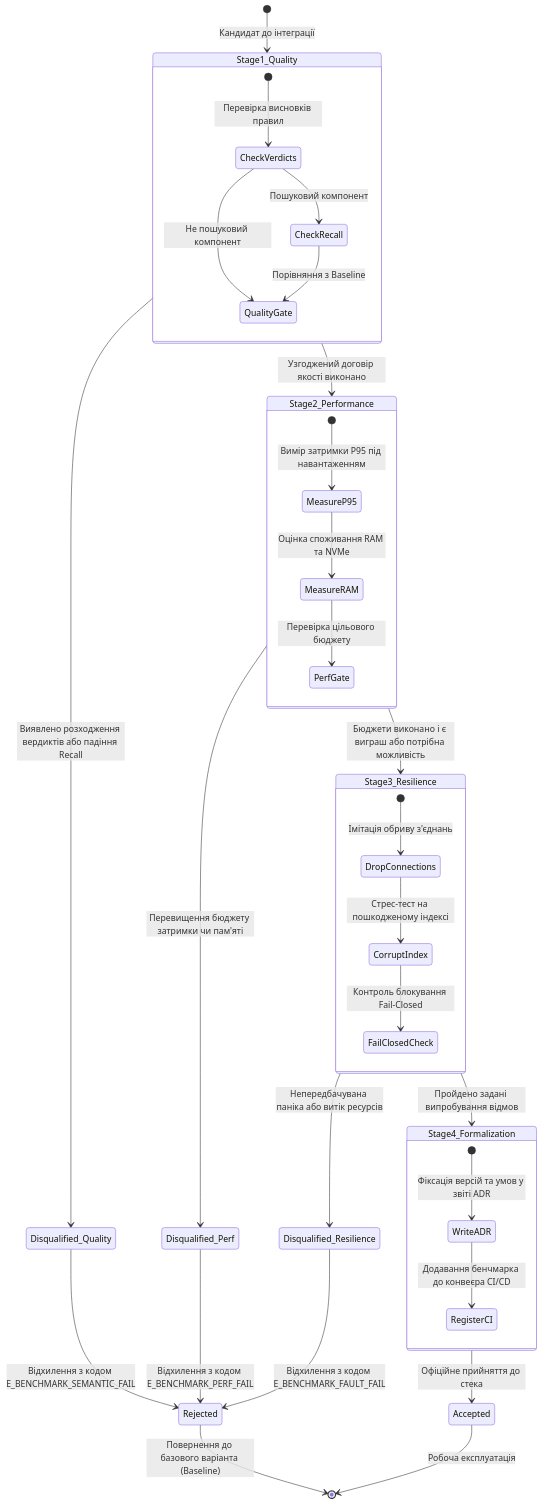
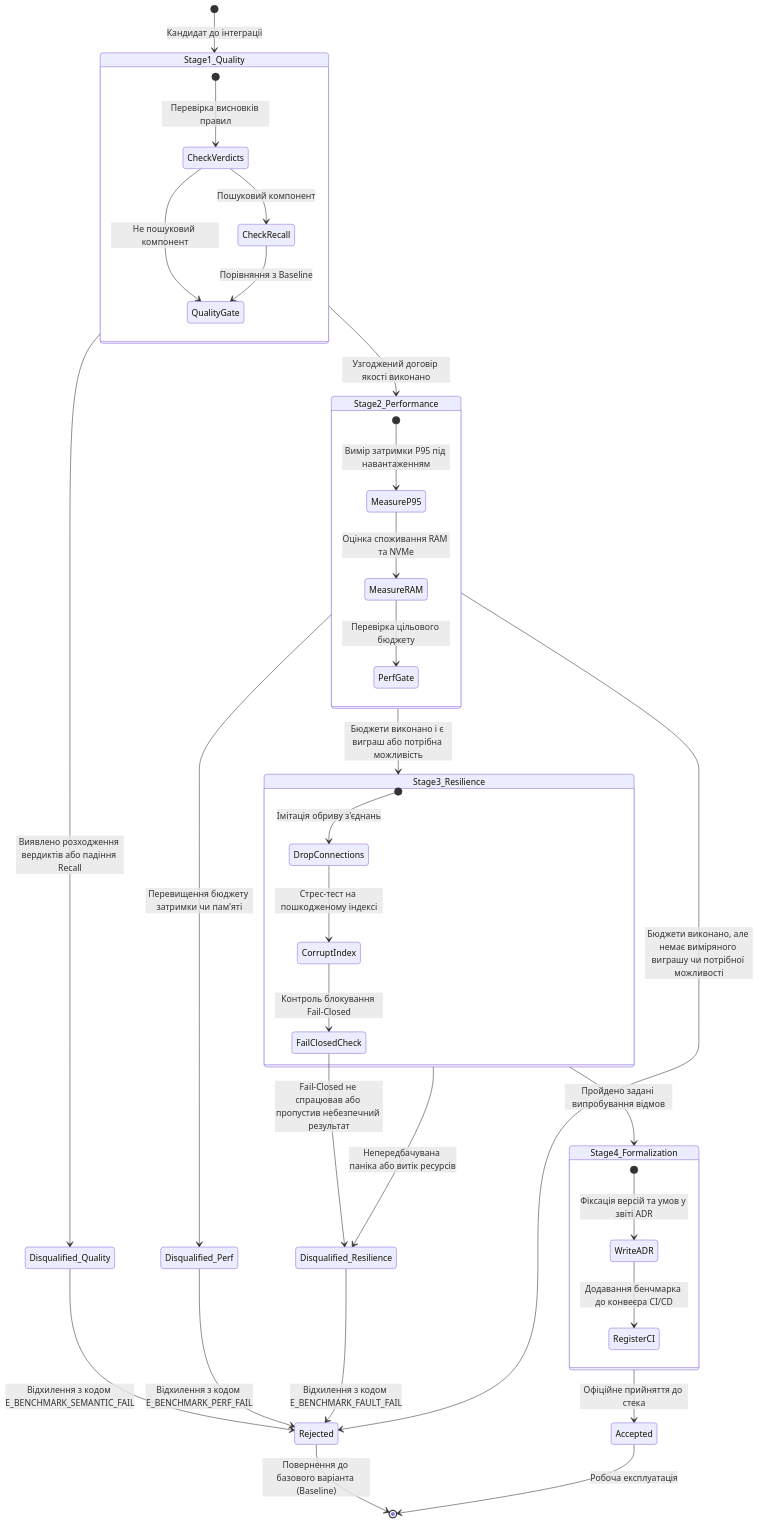
One commit to nick-fedchik/articles changed the sixth of 6 diagrams in ExpertSystem/ch17-implementation-stack.md. Above: the diagram before and after it, drawn with Mermaid. The commit also changed other lines of this file and 44 other files, not shown here.

````diff
--- a/ExpertSystem/ch17-implementation-stack.md
+++ b/ExpertSystem/ch17-implementation-stack.md
@@ -930,49 +931,51 @@
 ```mermaid
 stateDiagram-v2
     accTitle: Чотиристадійний конвеєр порівняльного виміру технологічних компонентів
     accDescr: Процес оцінювання та прийняття кандидатів до технологічного стека через поетапну верифікацію.
 
     [*] --> Stage1_Quality: Кандидат до інтеграції
 
     state Stage1_Quality {
         [*] --> CheckVerdicts: Перевірка висновків правил
         CheckVerdicts --> QualityGate: Не пошуковий компонент
         CheckVerdicts --> CheckRecall: Пошуковий компонент
         CheckRecall --> QualityGate: Порівняння з Baseline
     }
 
     Stage1_Quality --> Disqualified_Quality: Виявлено розходження вердиктів або падіння Recall
     Stage1_Quality --> Stage2_Performance: Узгоджений договір якості виконано
 
     state Stage2_Performance {
         [*] --> MeasureP95: Вимір затримки P95 під навантаженням
         MeasureP95 --> MeasureRAM: Оцінка споживання RAM та NVMe
         MeasureRAM --> PerfGate: Перевірка цільового бюджету
     }
 
     Stage2_Performance --> Disqualified_Perf: Перевищення бюджету затримки чи пам'яті
     Stage2_Performance --> Stage3_Resilience: Бюджети виконано і є виграш або потрібна можливість
+    Stage2_Performance --> Rejected: Бюджети виконано, але немає виміряного виграшу чи потрібної можливості
 
     state Stage3_Resilience {
         [*] --> DropConnections: Імітація обриву з'єднань
         DropConnections --> CorruptIndex: Стрес-тест на пошкодженому індексі
         CorruptIndex --> FailClosedCheck: Контроль блокування Fail-Closed
     }
 
+    FailClosedCheck --> Disqualified_Resilience: Fail-Closed не спрацював або пропустив небезпечний результат
     Stage3_Resilience --> Disqualified_Resilience: Непередбачувана паніка або витік ресурсів
     Stage3_Resilience --> Stage4_Formalization: Пройдено задані випробування відмов
 
     state Stage4_Formalization {
         [*] --> WriteADR: Фіксація версій та умов у звіті ADR
         WriteADR --> RegisterCI: Додавання бенчмарка до конвеєра CI/CD
     }
 
     Stage4_Formalization --> Accepted: Офіційне прийняття до стека
 
     Disqualified_Quality --> Rejected: Відхилення з кодом E_BENCHMARK_SEMANTIC_FAIL
     Disqualified_Perf --> Rejected: Відхилення з кодом E_BENCHMARK_PERF_FAIL
     Disqualified_Resilience --> Rejected: Відхилення з кодом E_BENCHMARK_FAULT_FAIL
 
     Rejected --> [*]: Повернення до базового варіанта (Baseline)
     Accepted --> [*]: Робоча експлуатація
 ```
````
